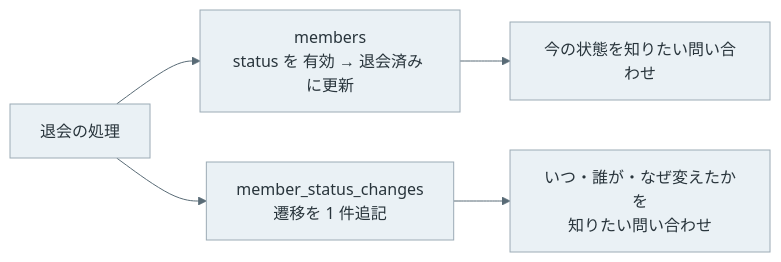
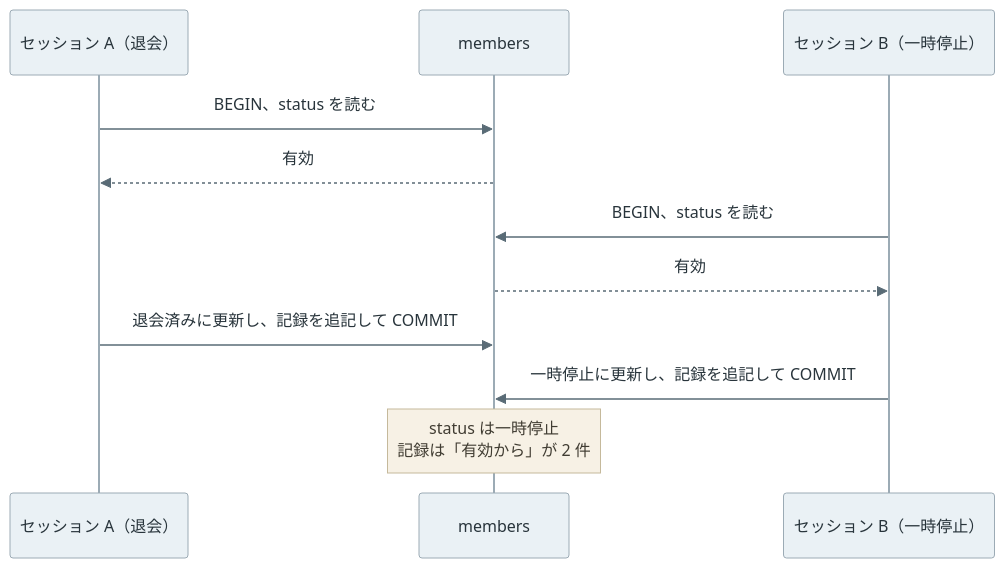
Before and after one commit to nao1215/debimate: the second of 3 diagrams in content/notes/database-systems/soft-delete/index.md, drawn with Mermaid. The commit also changed other lines of this file and 28 other files, not shown here.

````diff
--- a/content/notes/database-systems/soft-delete/index.md
+++ b/content/notes/database-systems/soft-delete/index.md
@@ -206,9 +348,14 @@
 ```mermaid
 %%{init: {"theme":"base","themeVariables":{"primaryColor":"#eaf1f5","primaryTextColor":"#28343b","primaryBorderColor":"#9cabb5","lineColor":"#596b76","textColor":"#28343b","actorBkg":"#eaf1f5","actorBorder":"#9cabb5","actorTextColor":"#28343b","actorLineColor":"#9cabb5","signalColor":"#596b76","signalTextColor":"#28343b","noteBkgColor":"#f7f1e5","noteBorderColor":"#c5b99b","noteTextColor":"#403c32","activationBkgColor":"#edf3ef","activationBorderColor":"#9aafa1"}}}%%
-flowchart LR
-    U["退会の処理"] --> M["members<br/>status を 有効 → 退会済み に更新"]
-    U --> H["member_status_changes<br/>遷移を 1 件追記"]
-    M --> Q1["今の状態を知りたい問い合わせ"]
-    H --> Q2["いつ・誰が・なぜ変えたかを<br/>知りたい問い合わせ"]
-    classDef default fill:#eaf1f5,stroke:#9cabb5,color:#28343b;
+sequenceDiagram
+    participant A as セッション A（退会）
+    participant DB as members
+    participant B as セッション B（一時停止）
+    A->>DB: BEGIN、status を読む
+    DB-->>A: 有効
+    B->>DB: BEGIN、status を読む
+    DB-->>B: 有効
+    A->>DB: 退会済みに更新し、記録を追記して COMMIT
+    B->>DB: 一時停止に更新し、記録を追記して COMMIT
+    Note over DB: status は一時停止<br/>記録は「有効から」が 2 件
 ```
````
